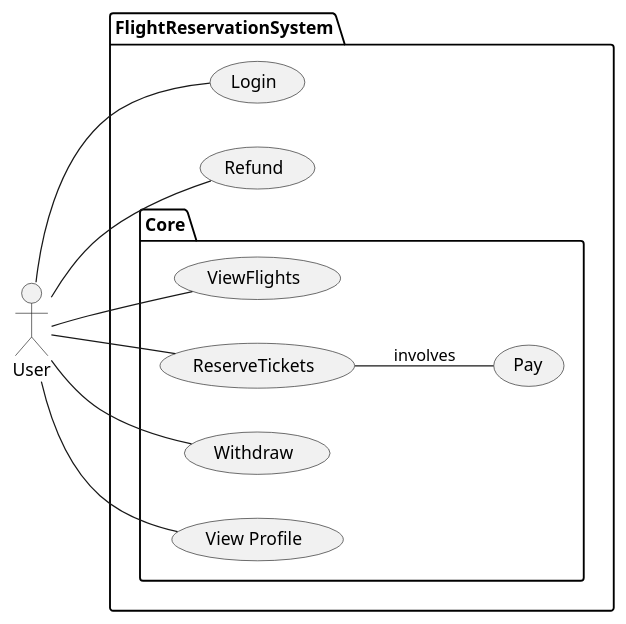
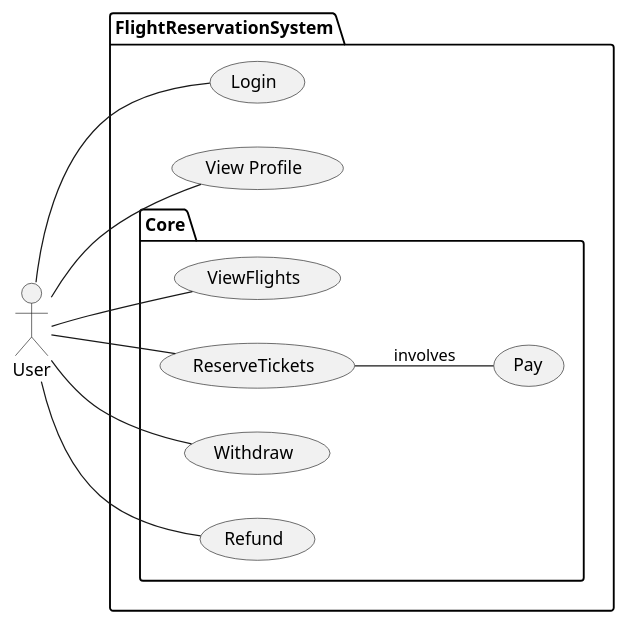
One commit to Deuchier/flight_manager_V1 changed the diagram in doc/analysis/use case graph.puml. Above: the diagram before and after it, drawn with PlantUML.

Commit message:
- fixed use case graph - [TODO: The core use cases have been implemented. Next, I shall implement the "init" use case]

```diff
--- a/doc/analysis/use case graph.puml
+++ b/doc/analysis/use case graph.puml
@@ -1,30 +1,30 @@
 @startuml
 
 left to right direction
 
 package FlightReservationSystem {
     (Login) as L
+    (View Profile) as VP
     package Core {
         (ViewFlights) as V
         (ReserveTickets) as RT
         (Withdraw) as W
+        (Refund) as R
 
         (Pay) as P
-        (View Profile) as VP
 
         RT -- P : involves
     }
-    (Refund) as R
 }
 
 Actor User as U
 
 U -- L
 U -- RT
 U -- R
 U -- V
 U -- W
 U -- VP
 
 
 @enduml
```
